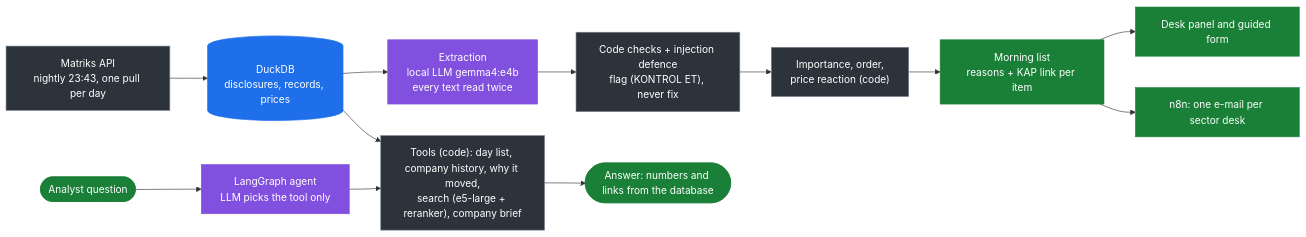
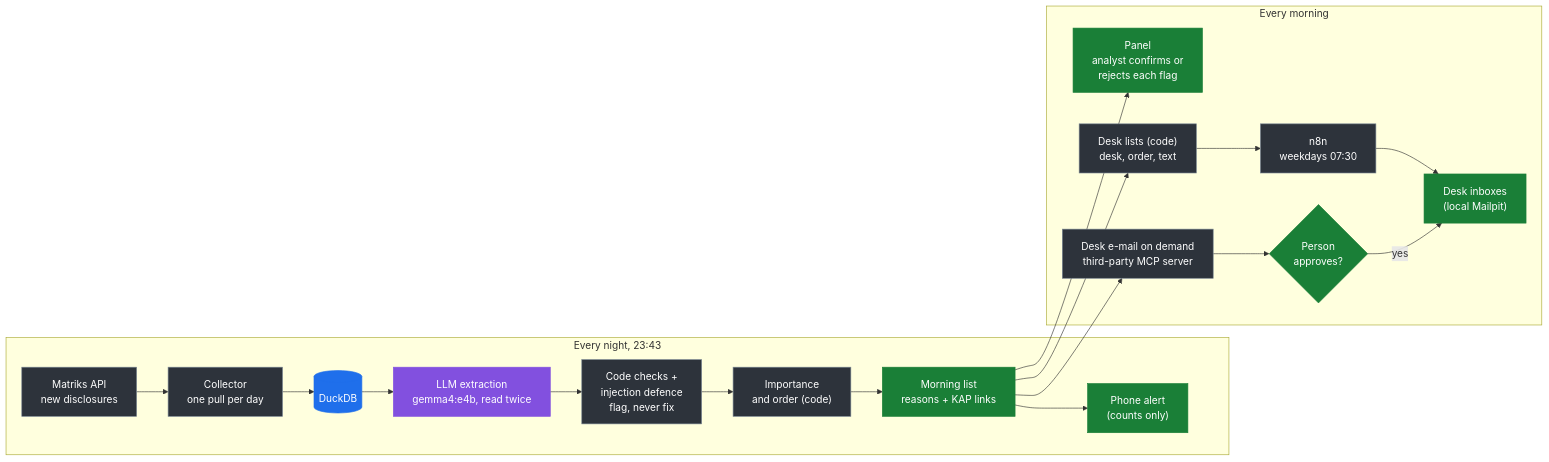
Before and after one commit to sfeyzayildiz/kap-triage: the first of 2 diagrams in README.md, drawn with Mermaid. The commit also changed other lines of this file and 18 other files, not shown here.

````diff
--- a/README.md
+++ b/README.md
@@ -46,19 +39,25 @@
 ```mermaid
 flowchart LR
     classDef llm fill:#8250df,stroke:#8250df,color:#ffffff
     classDef code fill:#2d333b,stroke:#768390,color:#ffffff
     classDef store fill:#1f6feb,stroke:#1f6feb,color:#ffffff
     classDef out fill:#1a7f37,stroke:#1a7f37,color:#ffffff
 
-    M["Matriks API<br/>nightly 23:43, one pull per day"]:::code --> DB[("DuckDB<br/>disclosures, records, prices")]:::store
-    DB --> X["Extraction<br/>local LLM gemma4:e4b<br/>every text read twice"]:::llm
-    X --> K["Code checks + injection defence<br/>flag (KONTROL ET), never fix"]:::code
-    K --> S["Importance, order,<br/>price reaction (code)"]:::code
-    S --> L["Morning list<br/>reasons + KAP link per item"]:::out
-    L --> P["Desk panel and guided form"]:::out
-    L --> E["n8n: one e-mail per sector desk"]:::out
-    Q(["Analyst question"]):::out --> A["LangGraph agent<br/>LLM picks the tool only"]:::llm
-    A --> T["Tools (code): day list, company history, why it moved,<br/>search (e5-large + reranker), company brief"]:::code
-    DB --> T
-    T --> ANS(["Answer: numbers and links from the database"]):::out
+    subgraph NIGHT["Every night, 23:43"]
+        M["Matriks API<br/>new disclosures"]:::code --> C["Collector<br/>one pull per day"]:::code --> DB[("DuckDB")]:::store
+        DB --> X["LLM extraction<br/>gemma4:e4b, read twice"]:::llm
+        X --> K["Code checks +<br/>injection defence<br/>flag, never fix"]:::code
+        K --> S["Importance<br/>and order (code)"]:::code
+        S --> L["Morning list<br/>reasons + KAP links"]:::out
+        L --> AL["Phone alert<br/>(counts only)"]:::out
+    end
+    subgraph MORNING["Every morning"]
+        P["Panel<br/>analyst confirms or<br/>rejects each flag"]:::out
+        API["Desk lists (code)<br/>desk, order, text"]:::code --> N["n8n<br/>weekdays 07:30"]:::code --> IN["Desk inboxes<br/>(local Mailpit)"]:::out
+        OD["Desk e-mail on demand<br/>third-party MCP server"]:::code --> H{"Person<br/>approves?"}:::out
+        H -- yes --> IN
+    end
+    L --> P
+    L --> API
+    L --> OD
 ```
````
